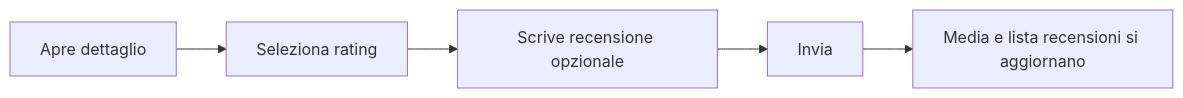
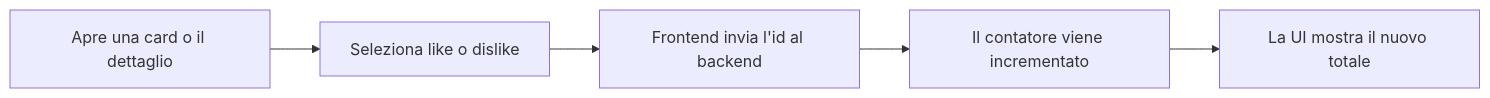
One commit to ricpastori/Progetto_Academy_MrDTwice changed the sixth of 6 diagrams in docs/information-architecture.md. Above: the diagram before and after it, drawn with Mermaid. The commit also changed other lines of this file and 23 other files, not shown here.

````diff
--- a/docs/information-architecture.md
+++ b/docs/information-architecture.md
@@ -113,7 +108,7 @@
 ```mermaid
 flowchart LR
-  A["Apre dettaglio"] --> B["Seleziona rating"]
-  B --> C["Scrive recensione opzionale"]
-  C --> D["Invia"]
-  D --> E["Media e lista recensioni si aggiornano"]
+  A["Apre una card o il dettaglio"] --> B["Seleziona like o dislike"]
+  B --> C["Frontend invia l'id al backend"]
+  C --> D["Il contatore viene incrementato"]
+  D --> E["La UI mostra il nuovo totale"]
 ```
````
